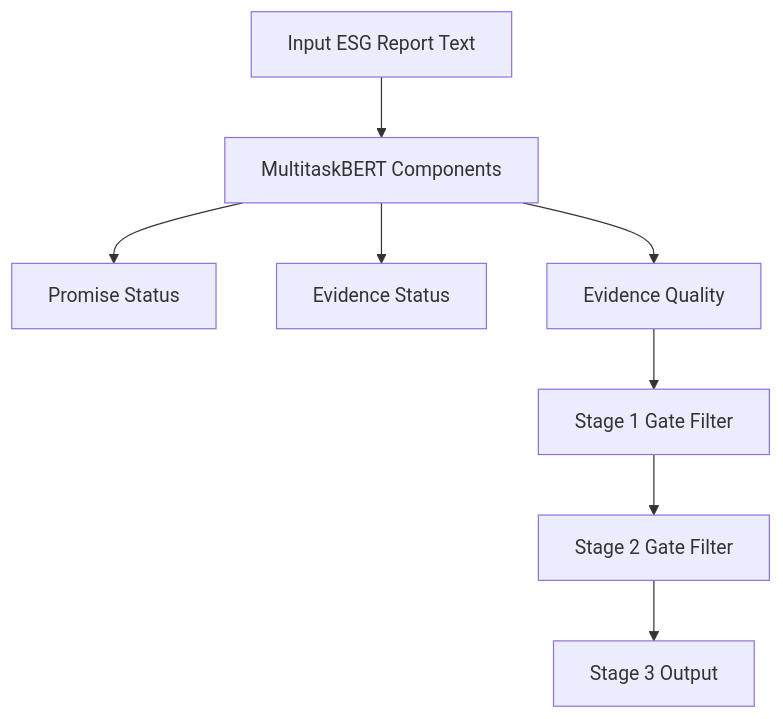
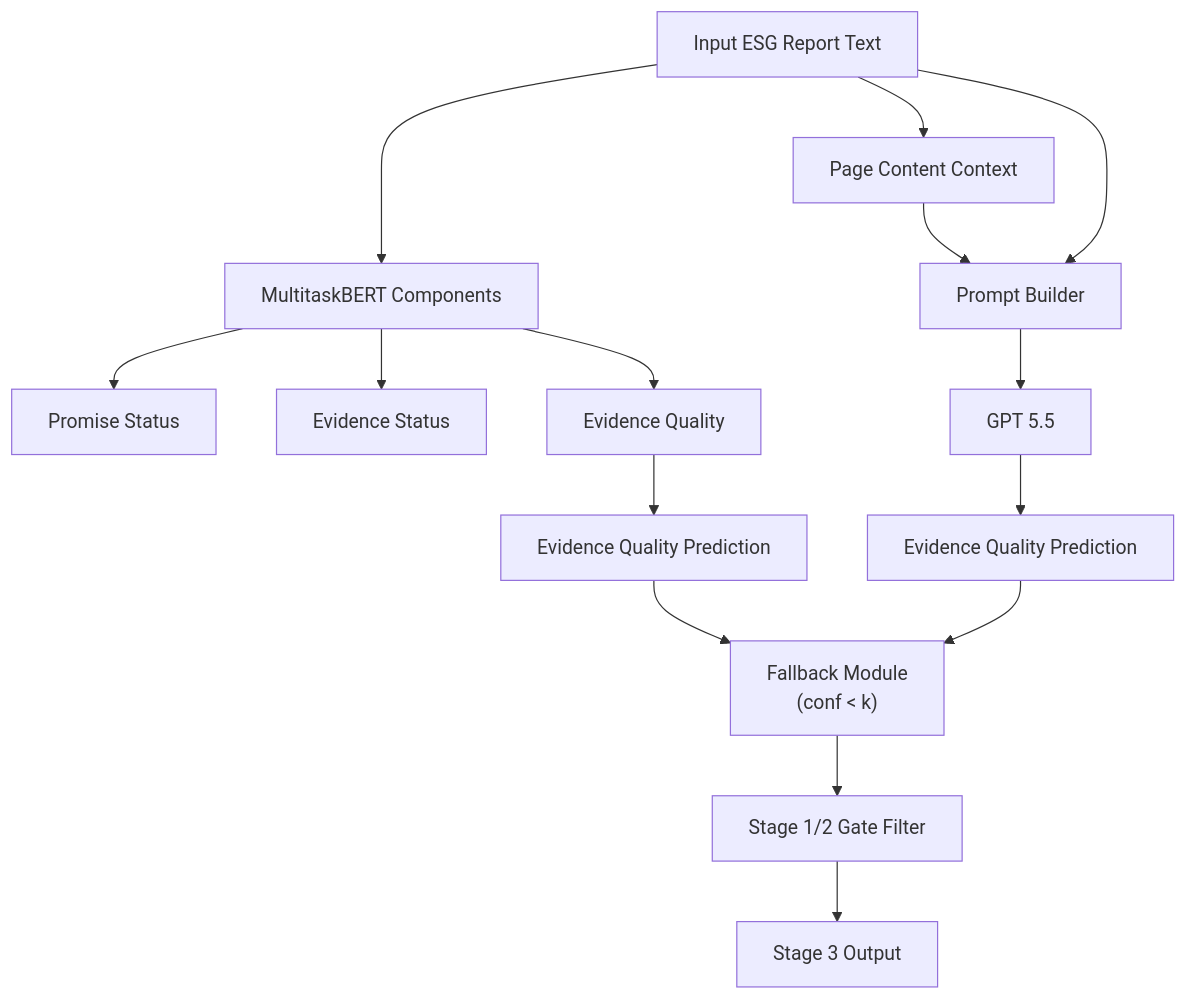
The third of 9 diagrams in README.md (yenhao-huang/AICUP_ESG2026), drawn with Mermaid before and after one commit. The commit also changed other lines of this file and 36 other files, not shown here.

````diff
--- a/README.md
+++ b/README.md
@@ -65,10 +73,19 @@
 ```mermaid
 flowchart TD
     Input["Input ESG Report Text"] --> MultitaskBert["MultitaskBERT Components"]
     MultitaskBert --> PromiseStatus["Promise Status"]
     MultitaskBert --> EvidenceStatus["Evidence Status"]
     MultitaskBert --> EvidenceQuality["Evidence Quality"]
-    EvidenceQuality --> Stage1Gate["Stage 1 Gate Filter"]
-    Stage1Gate --> Stage2Gate["Stage 2 Gate Filter"]
-    Stage2Gate --> Final["Stage 3 Output"]
+    EvidenceQuality --> PrimaryLabel["Evidence Quality Prediction"]
+    PrimaryLabel --> FallbackModule["Fallback Module<br/>(conf < k)"]
+
+    Input --> PageContext["Page Content Context"]
+    PageContext --> PromptBuilder["Prompt Builder"]
+    Input --> PromptBuilder
+    PromptBuilder --> GPT55["GPT 5.5"]
+    GPT55 --> FallbackLabel["Evidence Quality Prediction"]
+    FallbackLabel --> FallbackModule
+
+    FallbackModule --> Stage12Gate["Stage 1/2 Gate Filter"]
+    Stage12Gate --> Final["Stage 3 Output"]
 ```
````
